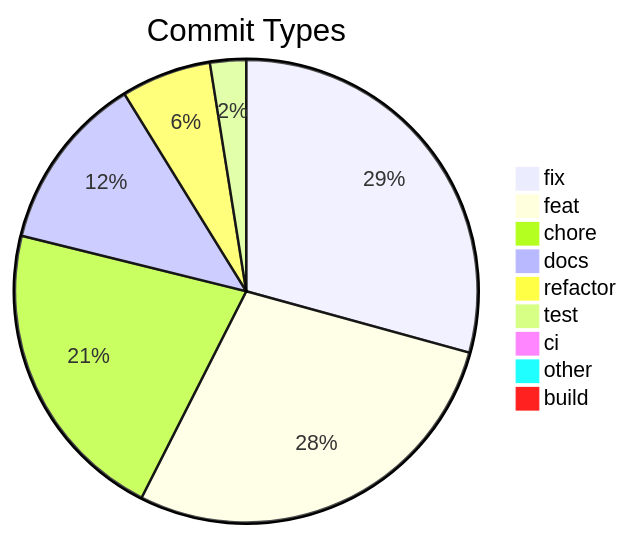
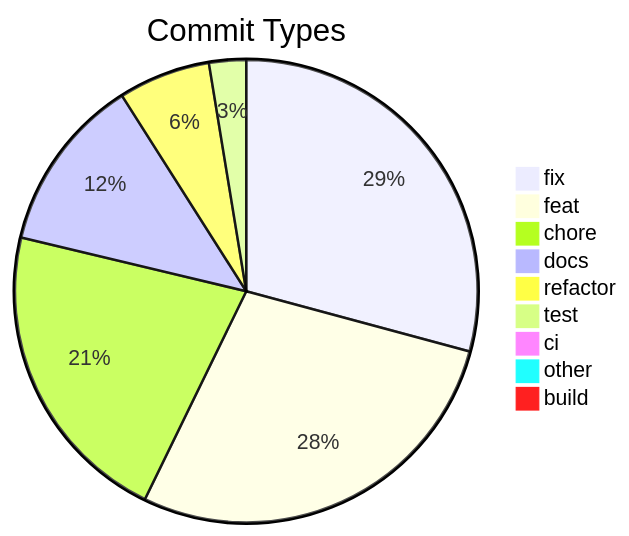
One commit to svenroth-ai/shipwright changed the diagram in .shipwright/compliance/change-history.md. Above: the diagram before and after it, drawn with Mermaid. The commit also changed other lines of this file and 9 other files, not shown here.

````diff
--- a/.shipwright/compliance/change-history.md
+++ b/.shipwright/compliance/change-history.md
@@ -9,12 +9,12 @@
 ```mermaid
 pie title Commit Types
-    "fix" : 349
+    "fix" : 350
     "feat" : 336
-    "chore" : 255
+    "chore" : 258
     "docs" : 147
-    "refactor" : 75
-    "test" : 30
+    "refactor" : 77
+    "test" : 31
     "ci" : 11
     "other" : 9
     "build" : 1
 ```
````
